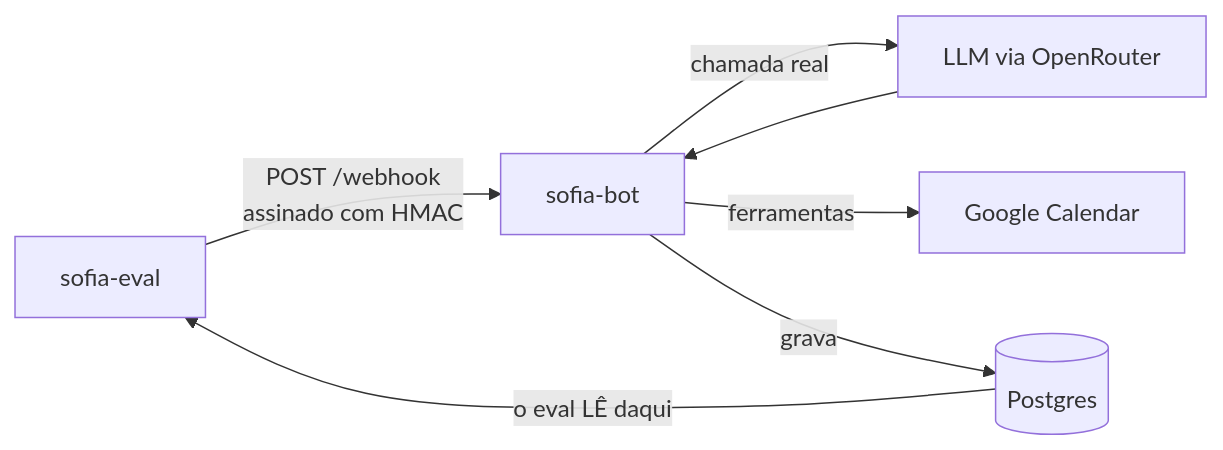
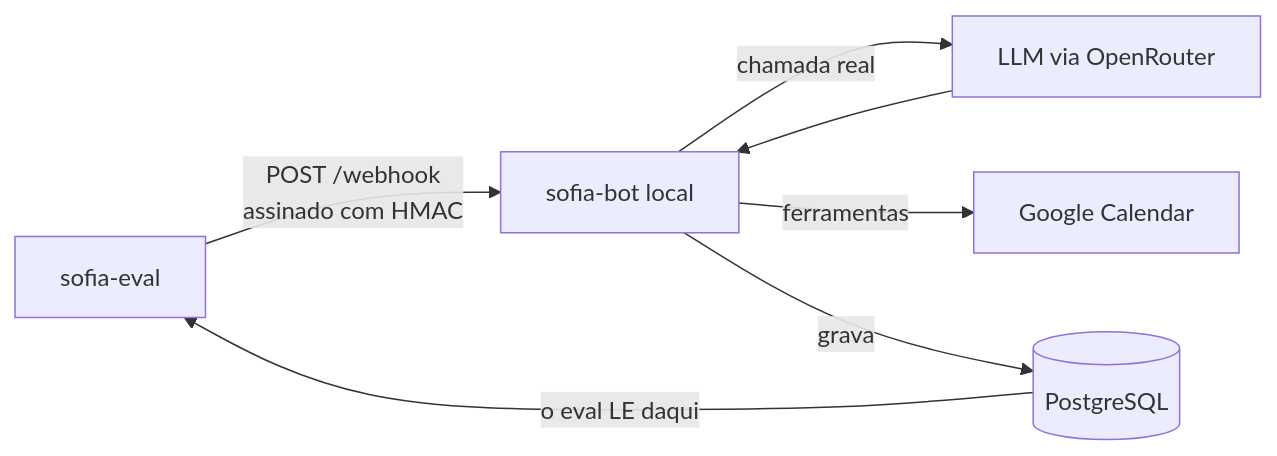
Before and after one commit to andrenv14/sofia-eval: the second of 3 diagrams in README.md, drawn with Mermaid. The commit also changed other lines of this file, not shown here.

````diff
--- a/README.md
+++ b/README.md
@@ -45,9 +49,9 @@
 ```mermaid
 flowchart LR
-  E[sofia-eval] -->|"POST /webhook<br/>assinado com HMAC"| S[sofia-bot]
+  E[sofia-eval] -->|"POST /webhook<br/>assinado com HMAC"| S[sofia-bot local]
   S -->|chamada real| L[LLM via OpenRouter]
   L --> S
   S -->|ferramentas| G[Google Calendar]
-  S -->|grava| P[(Postgres)]
-  P -->|"o eval LÊ daqui"| E
+  S -->|grava| P[(PostgreSQL)]
+  P -->|"o eval LE daqui"| E
 ```
````
